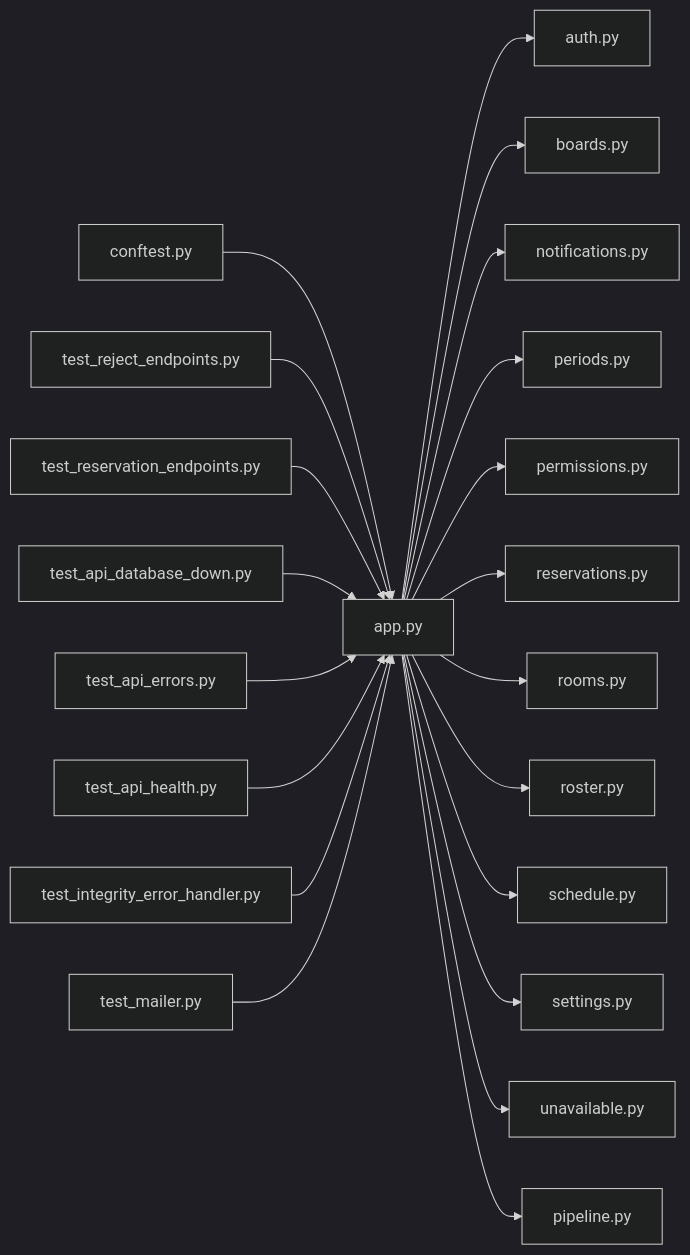
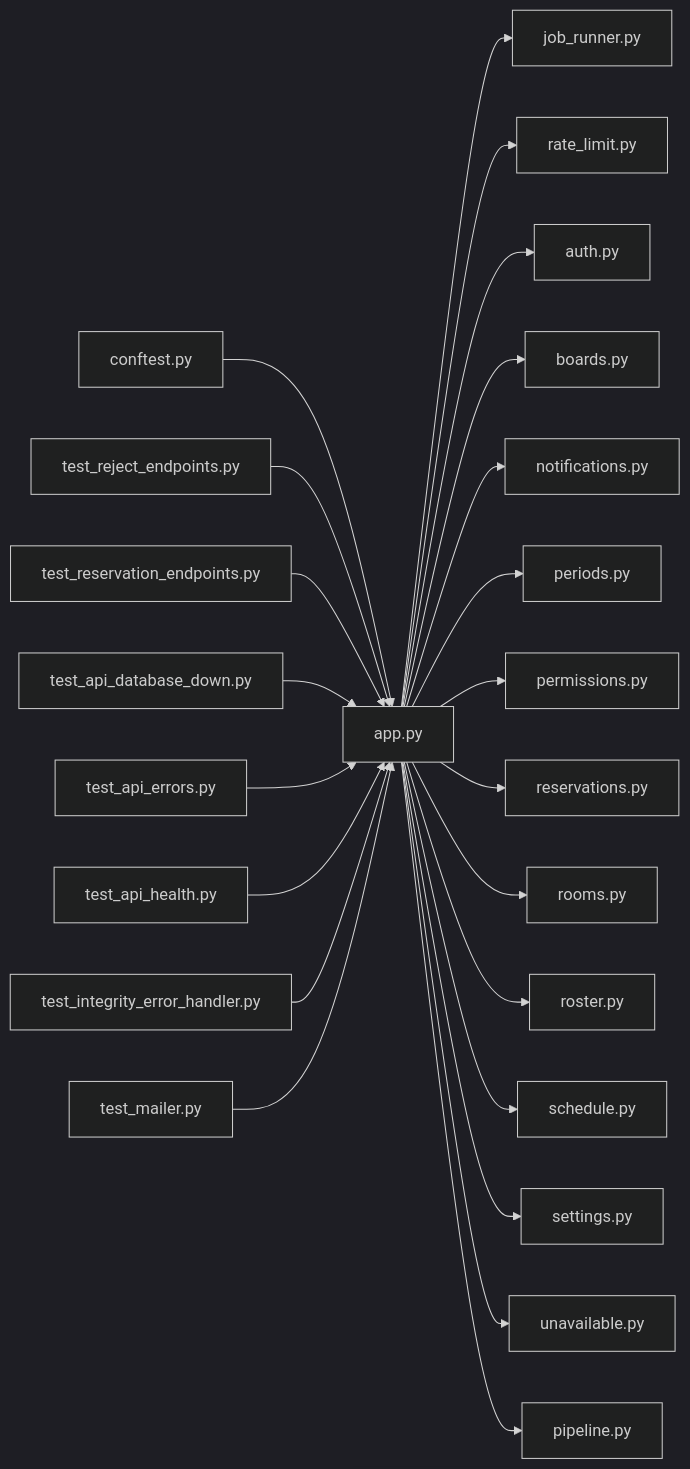
The diagram in .cluedoc/graph/backend/src/backend/api/app.md (minkong-dev/Banblit), drawn with Mermaid (dark theme) before and after one commit. The commit also changed other lines of this file and 35 other files, not shown here.

First line of the commit message:
backend: bound DB waits, solver threads and job health, and own runtime state in app

````diff
--- a/.cluedoc/graph/backend/src/backend/api/app.md
+++ b/.cluedoc/graph/backend/src/backend/api/app.md
@@ -10,24 +10,26 @@
 ```mermaid
 flowchart LR
   backend_src_backend_api_app["app.py"]
+  backend_src_backend_api_app --> backend_src_backend_api_job_runner["job_runner.py"]
+  backend_src_backend_api_app --> backend_src_backend_api_rate_limit["rate_limit.py"]
   backend_src_backend_api_app --> backend_src_backend_api_routers_auth["auth.py"]
   backend_src_backend_api_app --> backend_src_backend_api_routers_boards["boards.py"]
   backend_src_backend_api_app --> backend_src_backend_api_routers_notifications["notifications.py"]
   backend_src_backend_api_app --> backend_src_backend_api_routers_periods["periods.py"]
   backend_src_backend_api_app --> backend_src_backend_api_routers_permissions["permissions.py"]
   backend_src_backend_api_app --> backend_src_backend_api_routers_reservations["reservations.py"]
   backend_src_backend_api_app --> backend_src_backend_api_routers_rooms["rooms.py"]
   backend_src_backend_api_app --> backend_src_backend_api_routers_roster["roster.py"]
   backend_src_backend_api_app --> backend_src_backend_api_routers_schedule["schedule.py"]
   backend_src_backend_api_app --> backend_src_backend_api_routers_settings["settings.py"]
   backend_src_backend_api_app --> backend_src_backend_api_routers_unavailable["unavailable.py"]
   backend_src_backend_api_app --> backend_src_backend_db_pipeline["pipeline.py"]
   backend_tests_conftest["conftest.py"] --> backend_src_backend_api_app
   backend_tests_integration_db_test_reject_endpoints["test_reject_endpoints.py"] --> backend_src_backend_api_app
   backend_tests_integration_db_test_reservation_endpoints["test_reservation_endpoints.py"] --> backend_src_backend_api_app
   backend_tests_unit_test_api_database_down["test_api_database_down.py"] --> backend_src_backend_api_app
   backend_tests_unit_test_api_errors["test_api_errors.py"] --> backend_src_backend_api_app
   backend_tests_unit_test_api_health["test_api_health.py"] --> backend_src_backend_api_app
   backend_tests_unit_test_integrity_error_handler["test_integrity_error_handler.py"] --> backend_src_backend_api_app
   backend_tests_unit_test_mailer["test_mailer.py"] --> backend_src_backend_api_app
 ```
````
